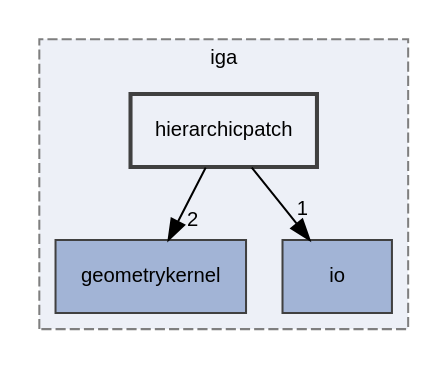
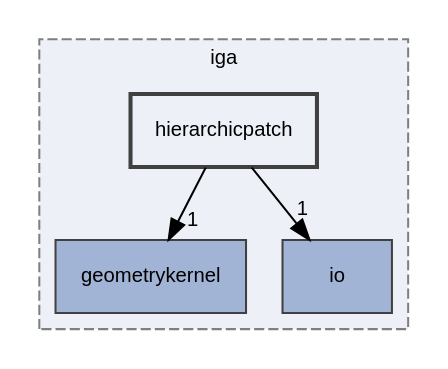
The diagram in dir_12fc9e68aad46ae2d80ba50ef1c96d76_dep.dot (rath3t/dune-iga-doc), drawn with Graphviz before and after one commit. The commit also changed 763 other files, not shown here.

```diff
--- a/dir_12fc9e68aad46ae2d80ba50ef1c96d76_dep.dot
+++ b/dir_12fc9e68aad46ae2d80ba50ef1c96d76_dep.dot
@@ -1,15 +1,15 @@
 digraph "hierarchicpatch"
 {
  // LATEX_PDF_SIZE
   edge [fontname="Helvetica",fontsize="10",labelfontname="Helvetica",labelfontsize="10"];
   node [fontname="Helvetica",fontsize="10",shape=record];
   compound=true
   subgraph clusterdir_d2a3c23294a1b1015b1b8e8721ddded8 {
     graph [ bgcolor="#edf0f7", pencolor="grey50", style="filled,dashed,", label="iga", fontname="Helvetica", fontsize="10", URL="dir_d2a3c23294a1b1015b1b8e8721ddded8.html"]
   dir_98571e7345f7327fea7723ec1a12d870 [shape=box, label="geometrykernel", style="filled,", fillcolor="#a2b4d6", color="grey25", URL="dir_98571e7345f7327fea7723ec1a12d870.html"];
   dir_c3ccff8517fbe337b2b8ad503c3a1590 [shape=box, label="io", style="filled,", fillcolor="#a2b4d6", color="grey25", URL="dir_c3ccff8517fbe337b2b8ad503c3a1590.html"];
   dir_12fc9e68aad46ae2d80ba50ef1c96d76 [shape=box, label="hierarchicpatch", style="filled,bold,", fillcolor="#edf0f7", color="grey25", URL="dir_12fc9e68aad46ae2d80ba50ef1c96d76.html"];
   }
-  dir_12fc9e68aad46ae2d80ba50ef1c96d76->dir_98571e7345f7327fea7723ec1a12d870 [headlabel="2", labeldistance=1.5 headhref="dir_000007_000006.html"];
+  dir_12fc9e68aad46ae2d80ba50ef1c96d76->dir_98571e7345f7327fea7723ec1a12d870 [headlabel="1", labeldistance=1.5 headhref="dir_000007_000006.html"];
   dir_12fc9e68aad46ae2d80ba50ef1c96d76->dir_c3ccff8517fbe337b2b8ad503c3a1590 [headlabel="1", labeldistance=1.5 headhref="dir_000007_000013.html"];
 }
```
